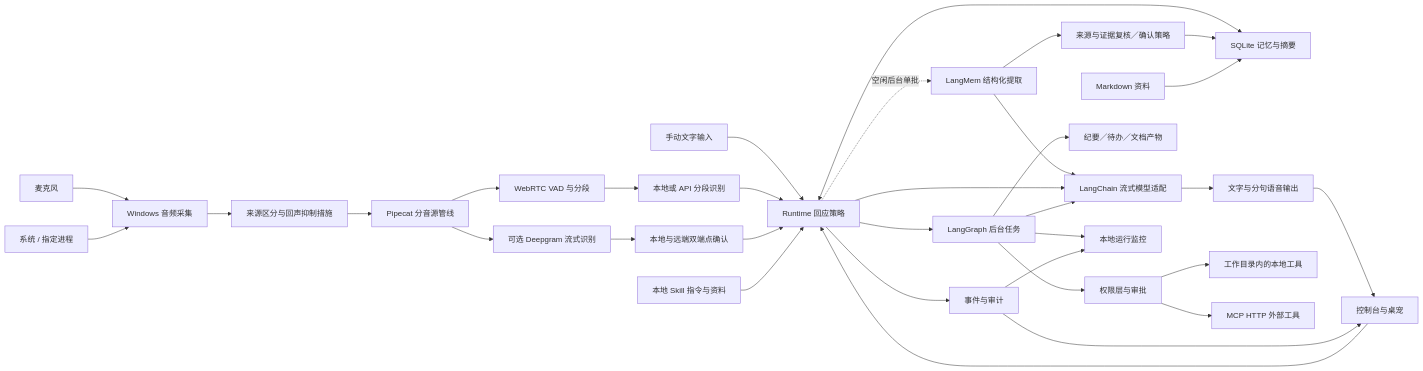
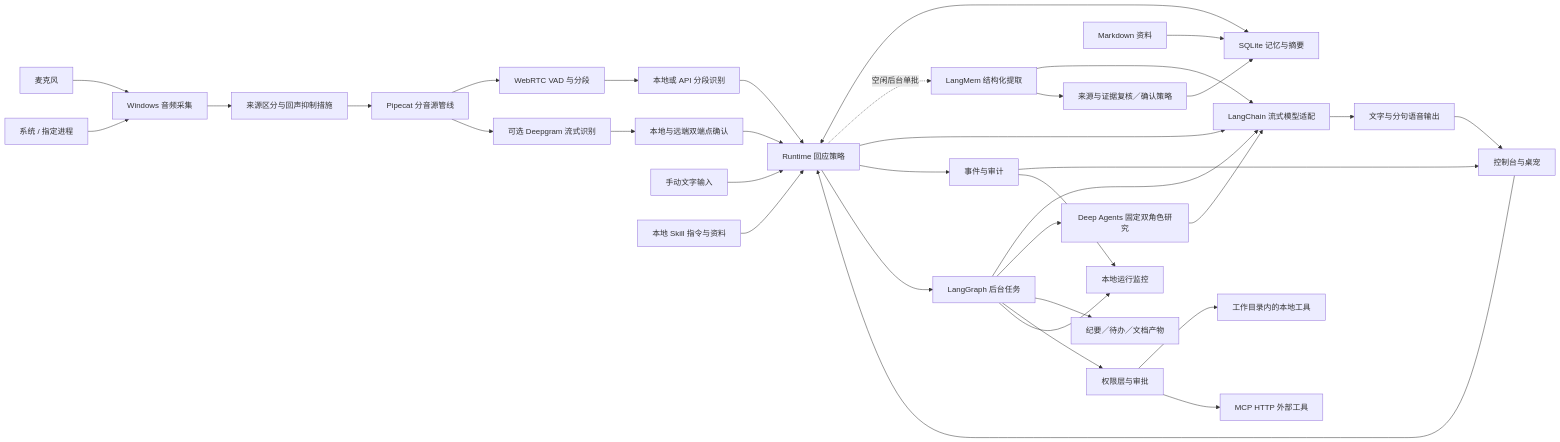
Before and after one commit to MuzeAnisichael/GreatSage: the first of 2 diagrams in docs/architecture.md, drawn with Mermaid. The commit also changed other lines of this file and 12 other files, not shown here.

Commit message:
docs(v0.7): map research architecture and delivery boundaries

````diff
--- a/docs/architecture.md
+++ b/docs/architecture.md
@@ -7,35 +7,37 @@
 ```mermaid
 flowchart LR
     Mic[麦克风] --> Capture[Windows 音频采集]
     Desktop[系统 / 指定进程] --> Capture
     Capture --> Echo[来源区分与回声抑制措施]
     Echo --> Pipe[Pipecat 分音源管线]
     Pipe --> VAD[WebRTC VAD 与分段]
     VAD --> ASR[本地或 API 分段识别]
     Pipe --> Streaming[可选 Deepgram 流式识别]
     Streaming --> Turn[本地与远端双端点确认]
     Text[手动文字输入] --> Runtime[Runtime 回应策略]
     ASR --> Runtime
     Turn --> Runtime
     Runtime <--> Memory[SQLite 记忆与摘要]
     Runtime -. 空闲后台单批 .-> Extract[LangMem 结构化提取]
     Extract --> LLM
     Extract --> Validate[来源与证据复核／确认策略]
     Validate --> Memory
     Skills[本地 Skill 指令与资料] --> Runtime
     Runtime --> LLM[LangChain 流式模型适配]
     LLM --> Output[文字与分句语音输出]
     Output --> UI[控制台与桌宠]
     UI --> Runtime
     Runtime --> Events[事件与审计]
     Events --> UI
     Materials[Markdown 资料] --> Memory
     Runtime --> Tasks[LangGraph 后台任务]
     Tasks --> LLM
+    Tasks --> Research[Deep Agents 固定双角色研究]
+    Research --> LLM
     Tasks --> Artifacts[纪要／待办／文档产物]
     Tasks --> Policy[权限层与审批]
     Policy --> Tools[工作目录内的本地工具]
     Policy --> MCP[MCP HTTP 外部工具]
     Tasks --> Inspector[本地运行监控]
     Events --> Inspector
 ```
````
